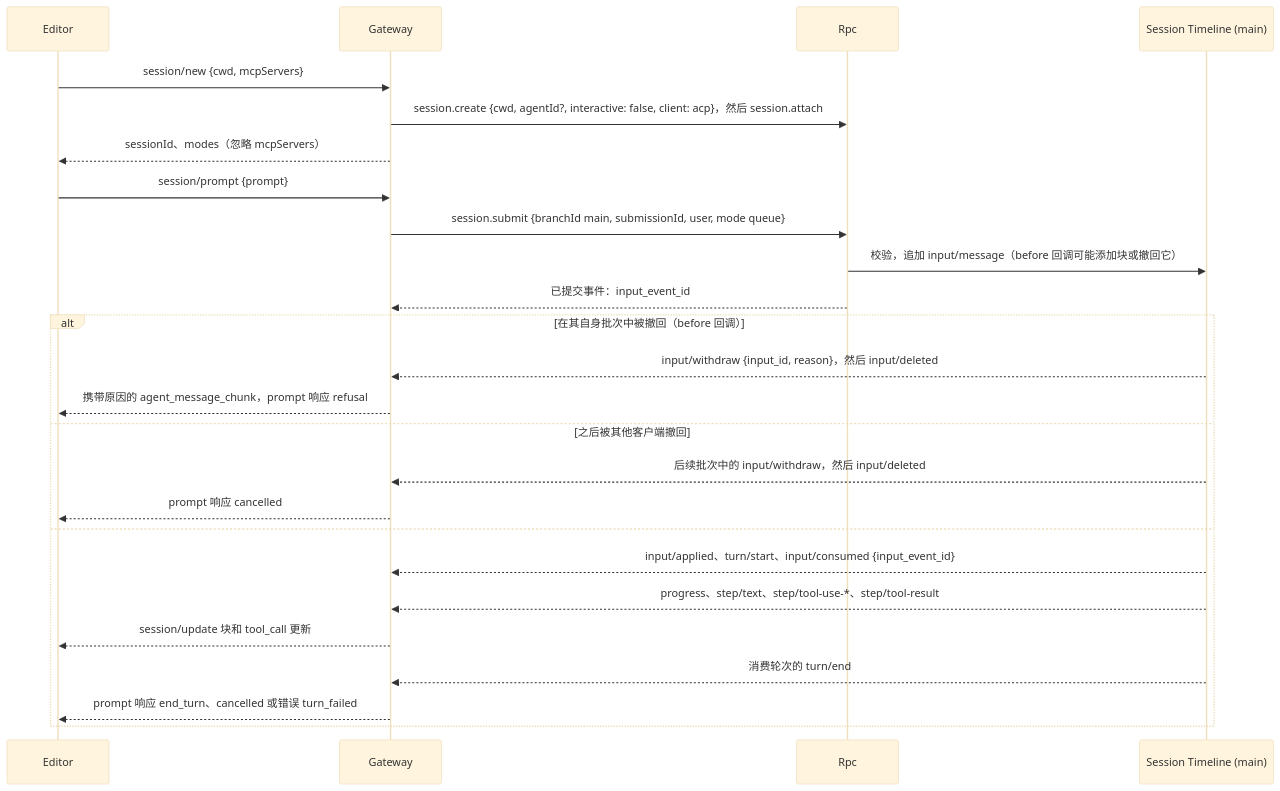
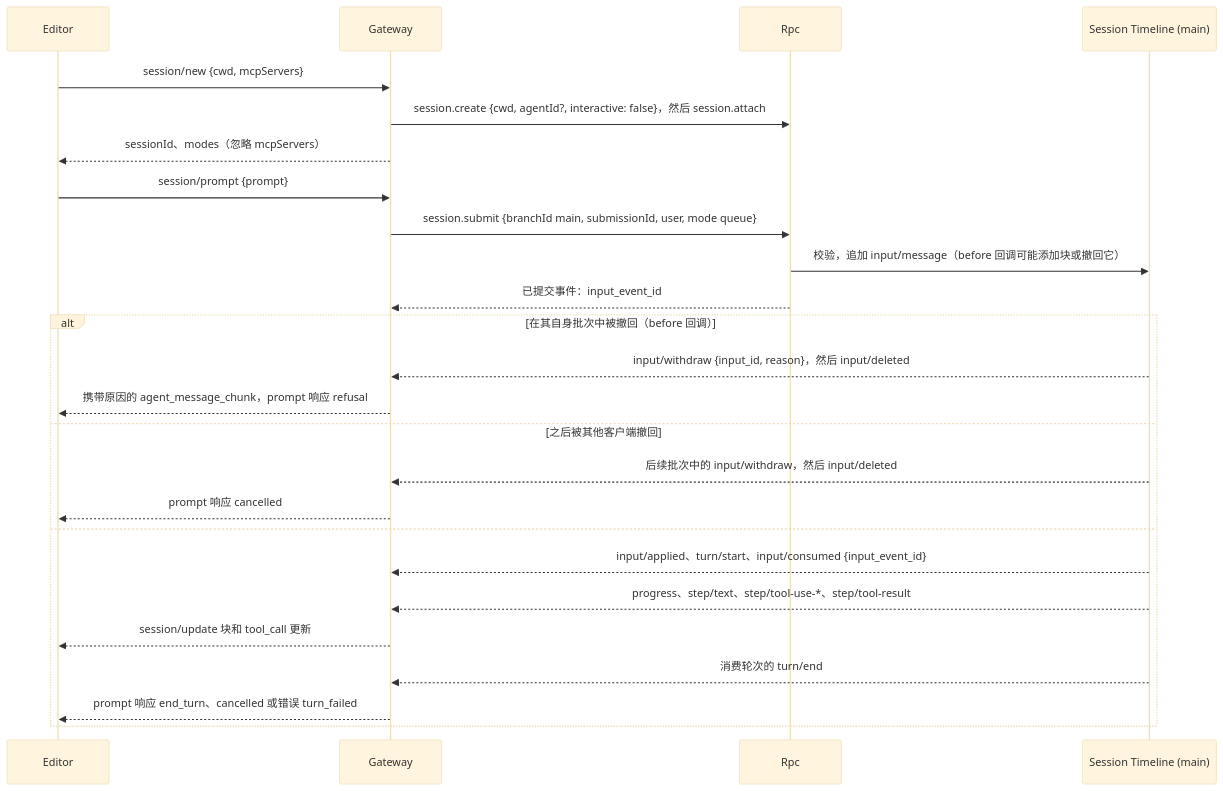
Before and after one commit to CoutinhoTTS/dim-agent: the third of 5 diagrams in docs/zh/design/plugins/AcpGateway.md, drawn with Mermaid (base theme). The commit also changed other lines of this file and 27 other files, not shown here.

````diff
--- a/docs/zh/design/plugins/AcpGateway.md
+++ b/docs/zh/design/plugins/AcpGateway.md
@@ -67,27 +67,27 @@
 ```mermaid
 sequenceDiagram
   participant E as Editor
   participant G as Gateway
   participant R as Rpc
   participant TL as Session Timeline (main)
   E->>G: session/new {cwd, mcpServers}
-  G->>R: session.create {cwd, agentId?, interactive: false, client: acp}，然后 session.attach
+  G->>R: session.create {cwd, agentId?, interactive: false}，然后 session.attach
   G-->>E: sessionId、modes（忽略 mcpServers）
   E->>G: session/prompt {prompt}
   G->>R: session.submit {branchId main, submissionId, user, mode queue}
   R->>TL: 校验，追加 input/message（before 回调可能添加块或撤回它）
   R-->>G: 已提交事件：input_event_id
   alt 在其自身批次中被撤回（before 回调）
     TL-->>G: input/withdraw {input_id, reason}，然后 input/deleted
     G-->>E: 携带原因的 agent_message_chunk，prompt 响应 refusal
   else 之后被其他客户端撤回
     TL-->>G: 后续批次中的 input/withdraw，然后 input/deleted
     G-->>E: prompt 响应 cancelled
   else
   TL-->>G: input/applied、turn/start、input/consumed {input_event_id}
   TL-->>G: progress、step/text、step/tool-use-*、step/tool-result
   G-->>E: session/update 块和 tool_call 更新
   TL-->>G: 消费轮次的 turn/end
   G-->>E: prompt 响应 end_turn、cancelled 或错误 turn_failed
   end
 ```
````
